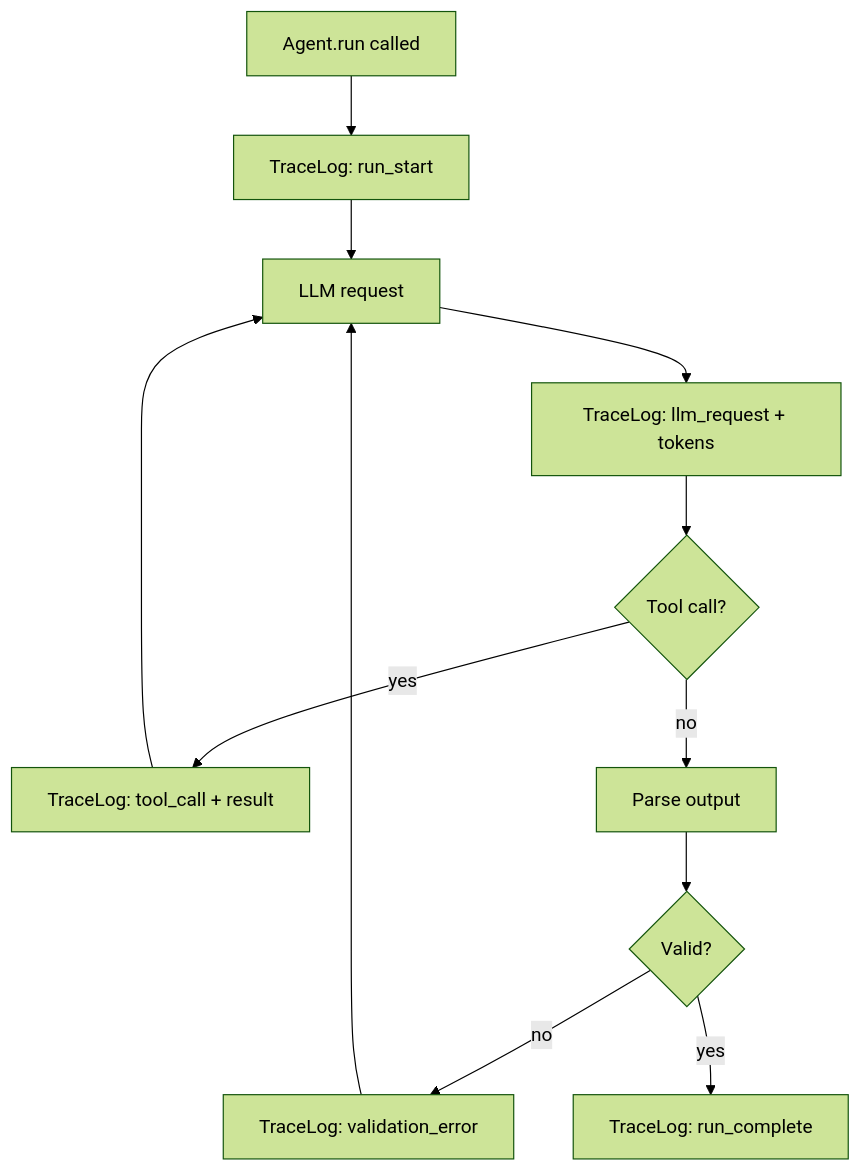
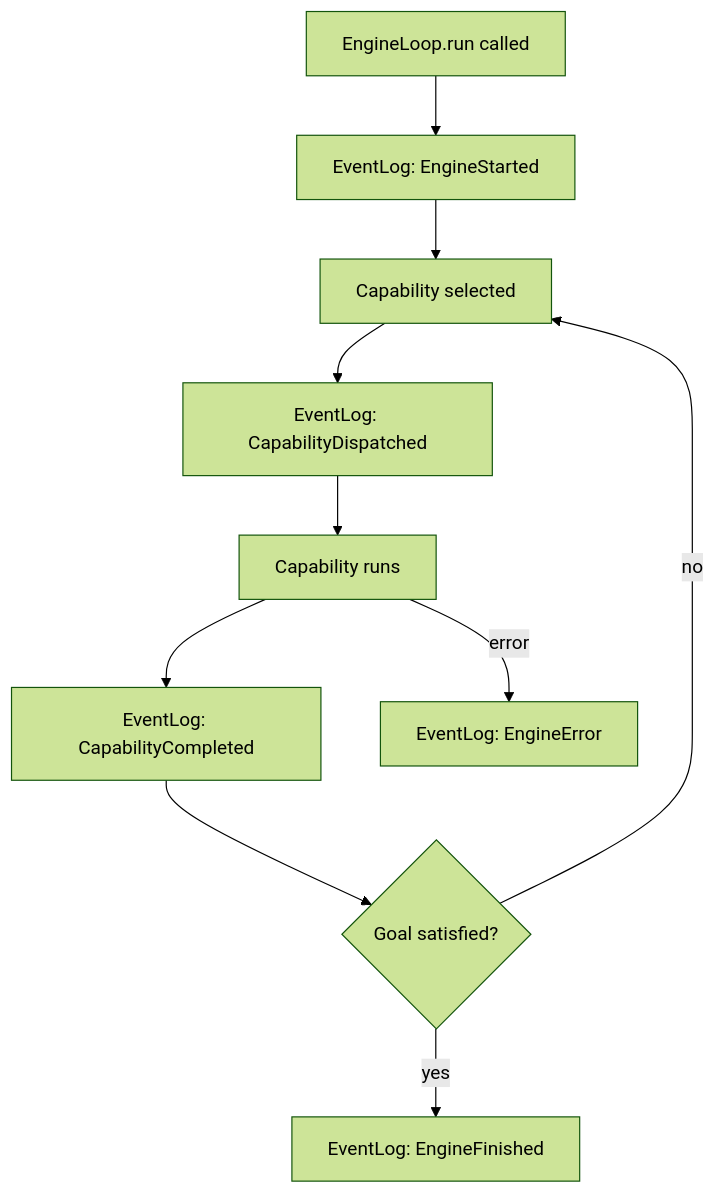
One commit to iagop03/antcrew-docs changed the diagram in docs/engine/tracelog.md. Above: the diagram before and after it, drawn with Mermaid (forest theme). The commit also changed other lines of this file and 17 other files, not shown here.

````diff
--- a/docs/engine/tracelog.md
+++ b/docs/engine/tracelog.md
@@ -7,14 +7,12 @@
 ```mermaid
 graph TD
-    A[Agent.run called] --> B[TraceLog: run_start]
-    B --> C[LLM request]
-    C --> D[TraceLog: llm_request + tokens]
-    D --> E{Tool call?}
-    E -->|yes| F[TraceLog: tool_call + result]
-    F --> C
-    E -->|no| G[Parse output]
-    G --> H{Valid?}
-    H -->|no| I[TraceLog: validation_error]
-    I --> C
-    H -->|yes| J[TraceLog: run_complete]
+    A[EngineLoop.run called] --> B[EventLog: EngineStarted]
+    B --> C[Capability selected]
+    C --> D[EventLog: CapabilityDispatched]
+    D --> E[Capability runs]
+    E --> F[EventLog: CapabilityCompleted]
+    F --> G{Goal satisfied?}
+    G -->|no| C
+    G -->|yes| H[EventLog: EngineFinished]
+    E -->|error| I[EventLog: EngineError]
 ```
````
